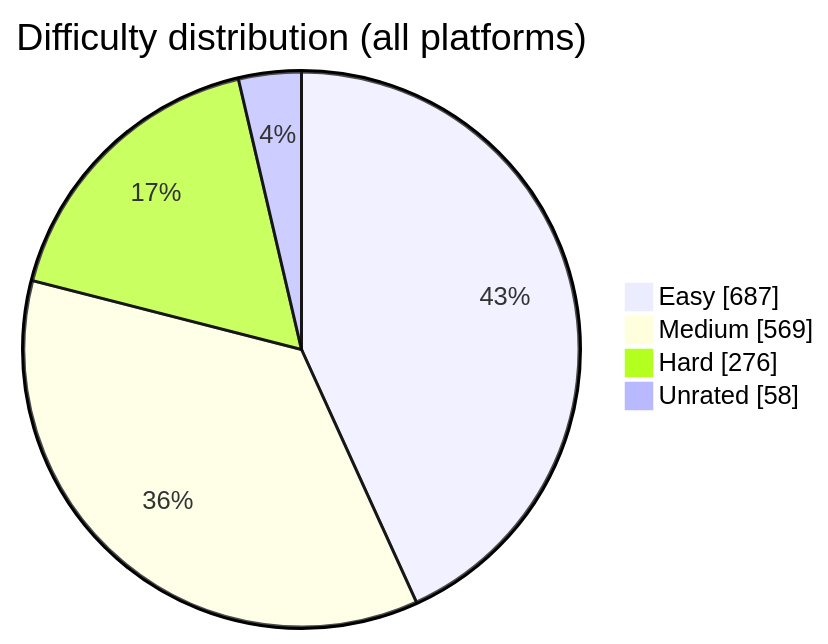
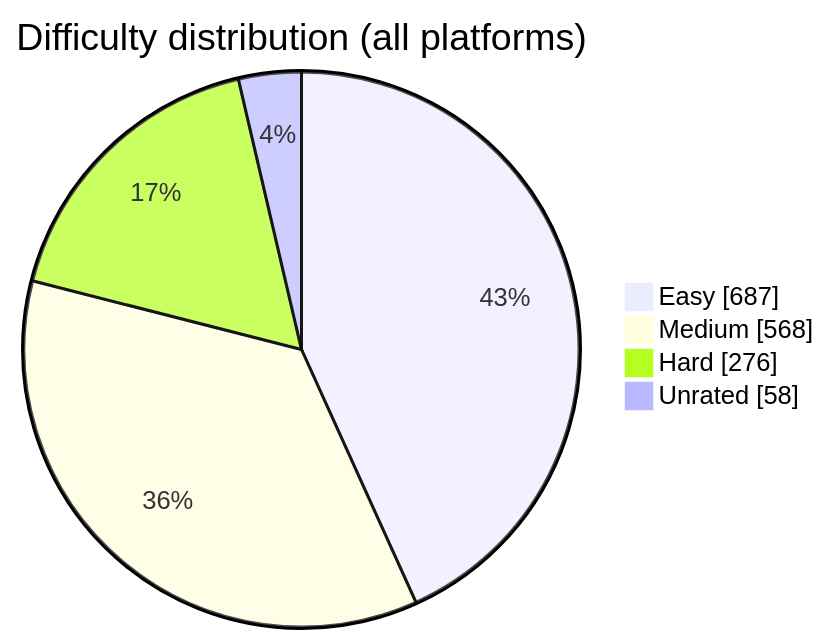
Before and after one commit to BuildbyArindam/Daily-Coding-Log: the diagram in README.md, drawn with Mermaid. The commit also changed other lines of this file, not shown here.

````diff
--- a/README.md
+++ b/README.md
@@ -93,7 +93,7 @@
 ```mermaid
 pie showData title Difficulty distribution (all platforms)
     "Easy" : 687
-    "Medium" : 569
+    "Medium" : 568
     "Hard" : 276
     "Unrated" : 58
 ```
````
